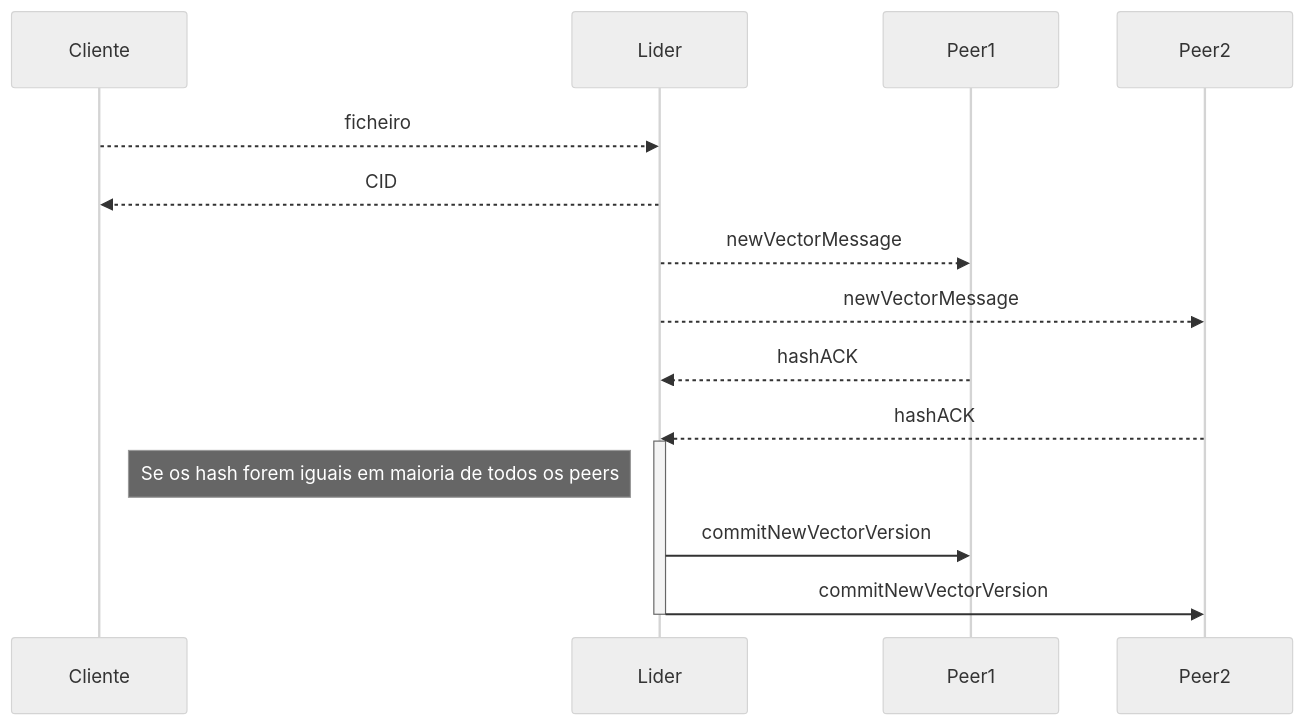
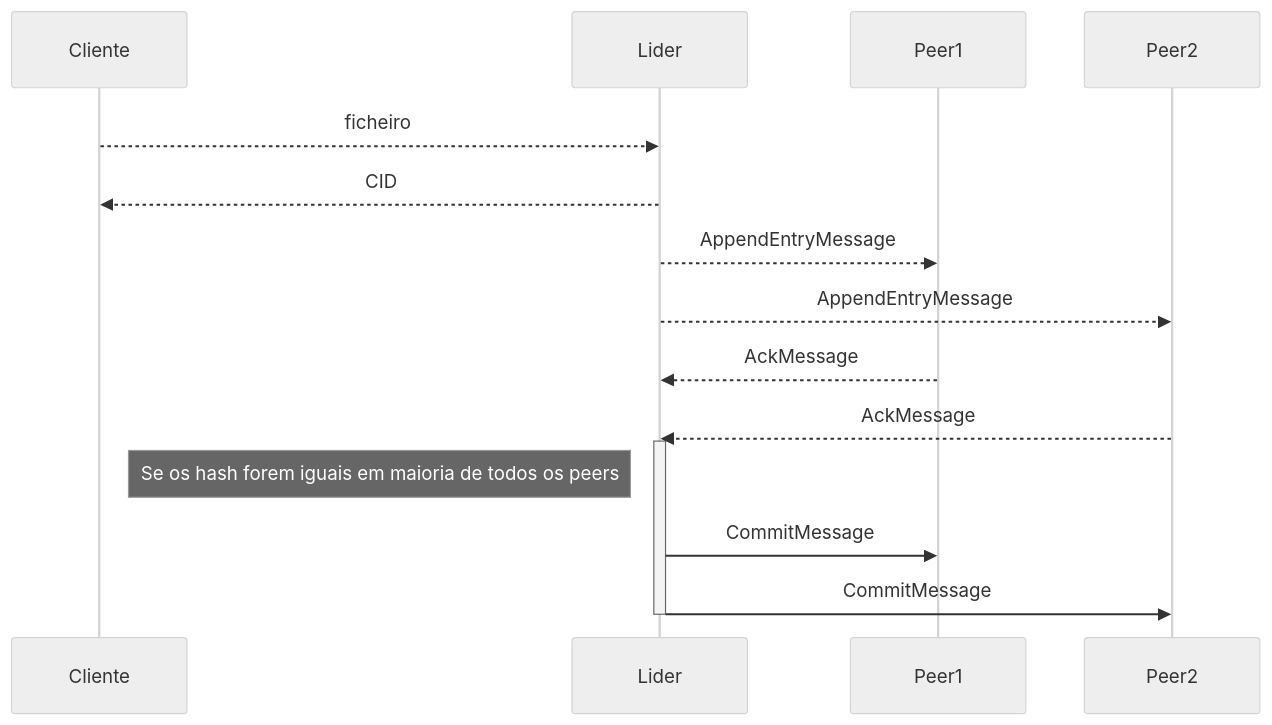
One commit to tiagoportugalipv/sdtprojeto changed the diagram in doc/Sprint03/Protocolo.md. Above: the diagram before and after it, drawn with Mermaid (neutral theme). The commit also changed 2 other files, not shown here.

Commit message:
atualizei diagrama

````diff
--- a/doc/Sprint03/Protocolo.md
+++ b/doc/Sprint03/Protocolo.md
@@ -13,21 +13,21 @@
 ```mermaid
 sequenceDiagram
     participant Cliente
     participant Lider
     participant Peer1
     participant Peer2
 
     Cliente-->>Lider: ficheiro
     Lider-->>Cliente: CID
 
-    Lider-->>Peer1: newVectorMessage
-    Lider-->>Peer2: newVectorMessage
-    Peer1-->>Lider: hashACK
-    Peer2-->>Lider: hashACK
+    Lider-->>Peer1: AppendEntryMessage
+    Lider-->>Peer2: AppendEntryMessage
+    Peer1-->>Lider: AckMessage
+    Peer2-->>Lider: AckMessage
 
     activate Lider
     Note left of Lider: Se os hash forem iguais em maioria de todos os peers
-    Lider->>Peer1: commitNewVectorVersion
-    Lider->>Peer2: commitNewVectorVersion
+    Lider->>Peer1: CommitMessage
+    Lider->>Peer2: CommitMessage
     deactivate Lider
 ```
````
